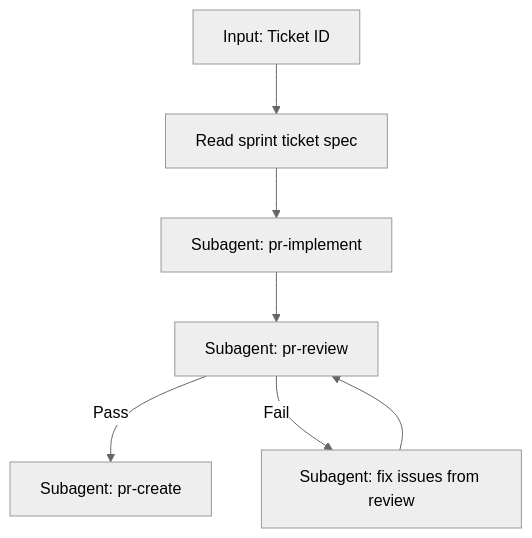
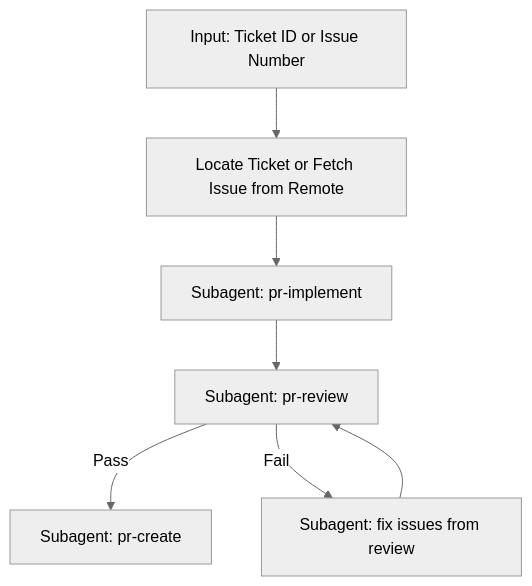
Before and after one commit to ertval/social-network: the diagram in .agents/workflows/ticket-to-pr.md, drawn with Mermaid (neutral theme). The commit also changed other lines of this file, not shown here.

Commit message:
feat: add support for repository issue numbers to ticket-to-pr workflow

````diff
--- a/.agents/workflows/ticket-to-pr.md
+++ b/.agents/workflows/ticket-to-pr.md
@@ -12,9 +12,9 @@
 ```mermaid
 graph TD
-    Ticket[Input: Ticket ID] --> Read[Read sprint ticket spec]
-    Read --> Implement[Subagent: pr-implement]
+    Input[Input: Ticket ID or Issue Number] --> Locate[Locate Ticket or Fetch Issue from Remote]
+    Locate --> Implement[Subagent: pr-implement]
     Implement --> Review[Subagent: pr-review]
     Review -->|Pass| CreatePR[Subagent: pr-create]
     Review -->|Fail| Fix[Subagent: fix issues from review]
     Fix --> Review
 ```
````
